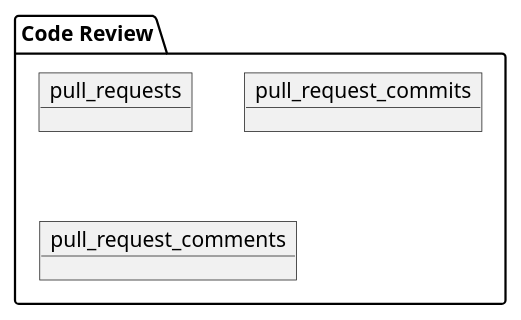
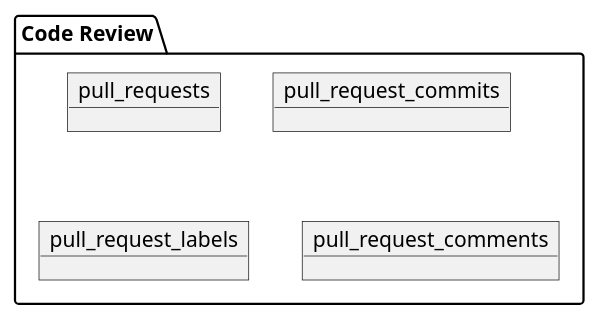
Before and after one commit to d4x1/devlake-plugin-analysis: the diagram in domain_code_review.puml, drawn with PlantUML. The commit also changed 8 other files, not shown here.

```diff
--- a/domain_code_review.puml
+++ b/domain_code_review.puml
@@ -1,8 +1,9 @@
 @startuml
 'https://plantuml.com/object-diagram
 package "Code Review"{
     object "pull_requests" as pull_requests
     object "pull_request_commits" as pull_request_commits
+    object "pull_request_labels" as pull_request_labels
     object "pull_request_comments" as pull_request_comments
 }
 @enduml
```
